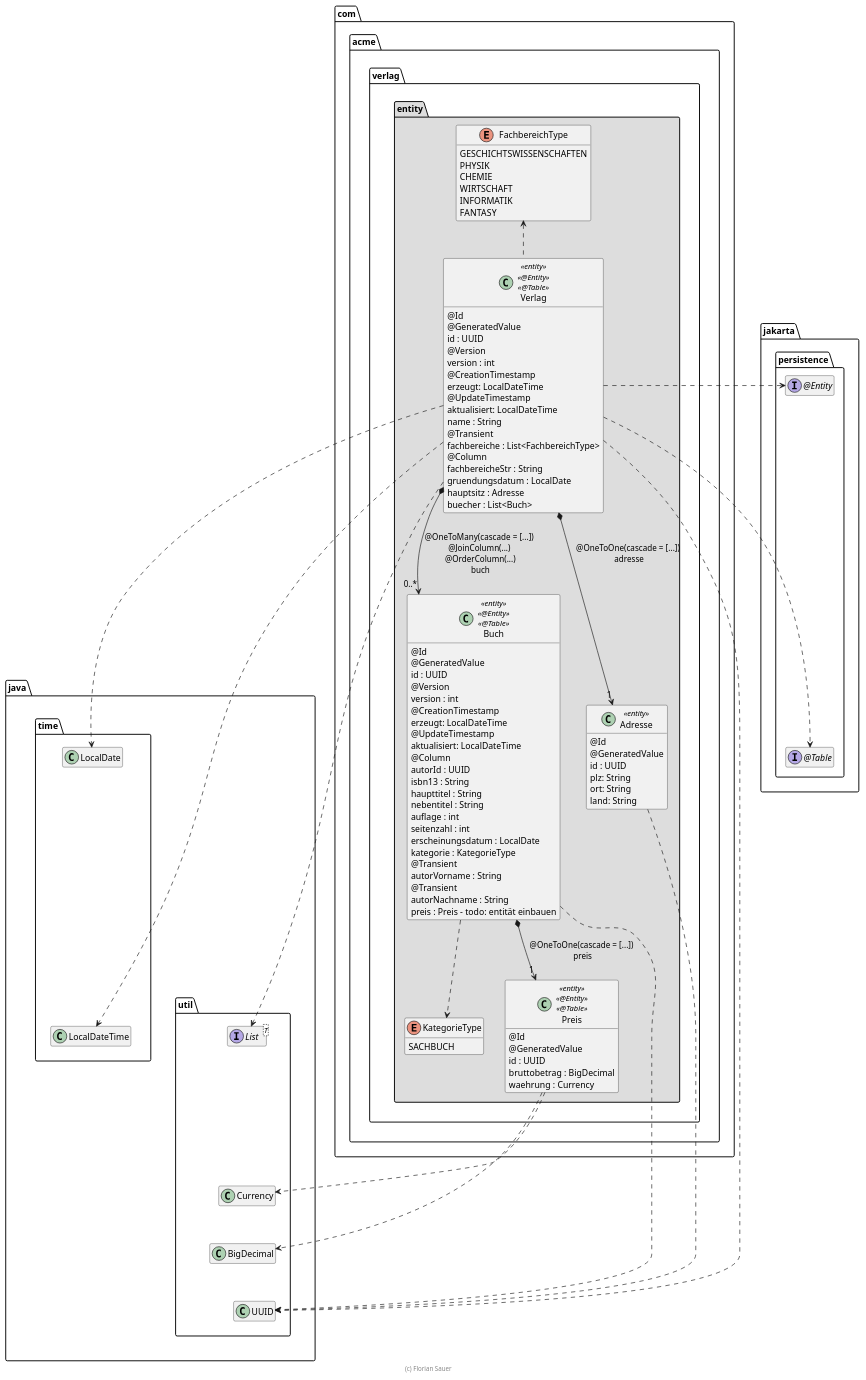
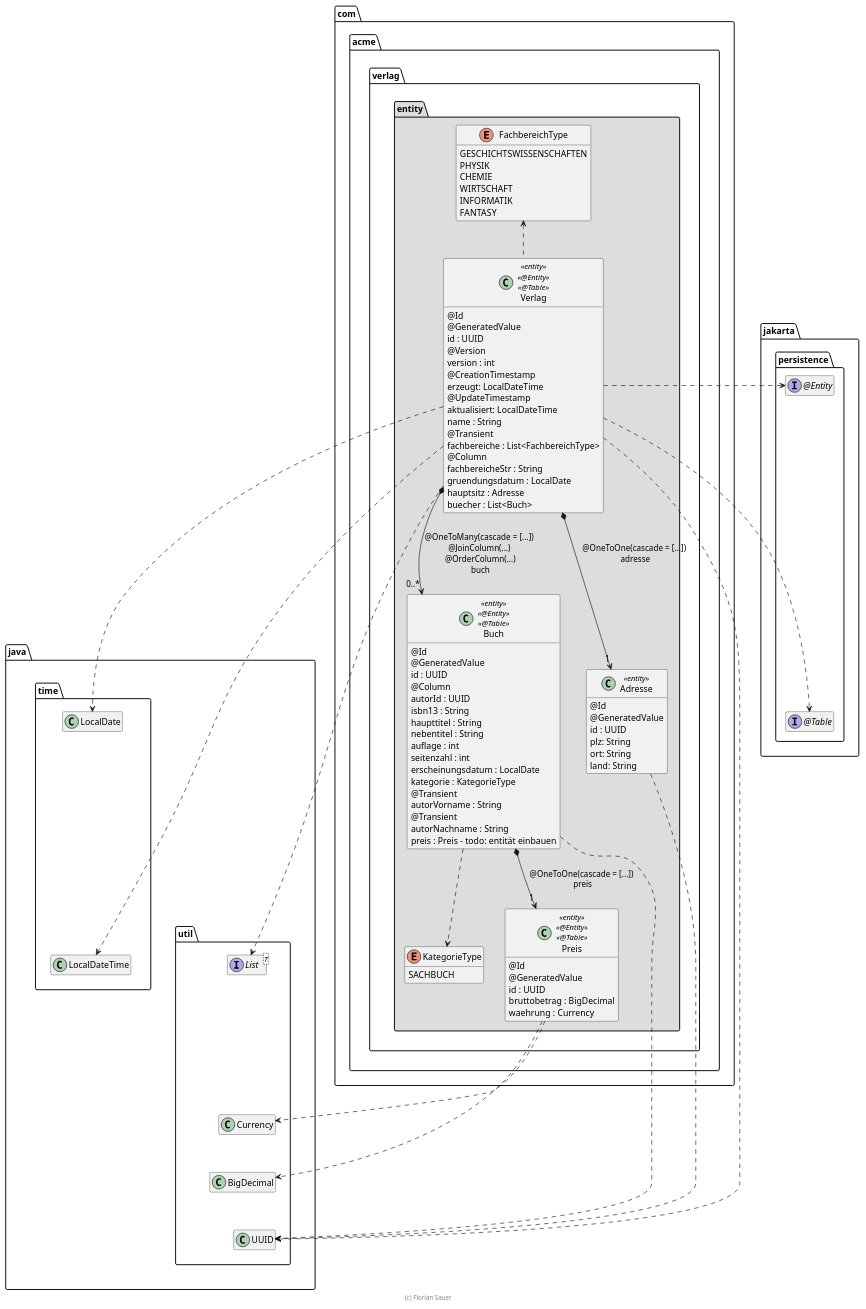
One commit to flomanuel/Software_Architecture_Course_Verlag changed the diagram in extras/doc/Verlag.plantuml. Above: the diagram before and after it, drawn with PlantUML.

Commit message:
update uml

```diff
--- a/extras/doc/Verlag.plantuml
+++ b/extras/doc/Verlag.plantuml
@@ -19,144 +19,138 @@
 @startuml Verlag
 
 skinparam classAttributeIconSize 0
 ' skinparam monochrome true
 
 package java {
     package util {
         class UUID
         interface List<T>
         class BigDecimal
         class Currency
 
         BigDecimal -[hidden]up-> List
         BigDecimal -[hidden]up-> Currency
         BigDecimal -[hidden]down-> UUID
         List -[hidden]down-> Currency
     }
 
     package time {
         class LocalDate
         class LocalDateTime
 
         LocalDate -[hidden]down-> LocalDateTime
     }
 
     time -[hidden]down-> util
 }
 
 com.acme.verlag -[hidden]right-> java
 
 package jakarta.persistence {
     interface "@Entity" as Entity
     interface "@Table" as Table
 
     Entity -[hidden]down-> Table
 }
 
 package com.acme.verlag {
     package entity #DDDDDD {
         class Buch << entity >> <<@Entity>> <<@Table>> {
             @Id
             @GeneratedValue
             id : UUID
-            @Version
-            version : int
-            @CreationTimestamp
-            erzeugt: LocalDateTime
-            @UpdateTimestamp
-            aktualisiert: LocalDateTime
             @Column
             autorId : UUID
             isbn13 : String
             haupttitel : String
             nebentitel : String
             auflage : int
             seitenzahl : int
             erscheinungsdatum : LocalDate
             kategorie : KategorieType
             @Transient
             autorVorname : String
             @Transient
             autorNachname : String
             preis : Preis - todo: entität einbauen
         }
 
         class Preis << entity >> <<@Entity>> <<@Table>> {
             @Id
             @GeneratedValue
             id : UUID
             bruttobetrag : BigDecimal
             waehrung : Currency
         }
 
         Buch ..> UUID
 
         class Adresse << entity >> {
             @Id
             @GeneratedValue
             id : UUID
             plz: String
             ort: String
             land: String
         }
         Adresse ..> UUID
 
         enum FachbereichType {
             GESCHICHTSWISSENSCHAFTEN
             PHYSIK
             CHEMIE
             WIRTSCHAFT
             INFORMATIK
             FANTASY
         }
 
         enum KategorieType {
             SACHBUCH
         }
 
         class Verlag << entity >>  << @Entity >>  << @Table >> {
             @Id
             @GeneratedValue
             id : UUID
             @Version
             version : int
             @CreationTimestamp
             erzeugt: LocalDateTime
             @UpdateTimestamp
             aktualisiert: LocalDateTime
             name : String
             @Transient
             fachbereiche : List<FachbereichType>
             @Column
             fachbereicheStr : String
             gruendungsdatum : LocalDate
             hauptsitz : Adresse
             buecher : List<Buch>
         }
 
         Verlag *--> "0..*" Buch : @OneToMany(cascade = [...]) \n@JoinColumn(...) \n@OrderColumn(...)\nbuch
         Verlag *--> "1" Adresse : @OneToOne(cascade = [...]) \nadresse
         Buch *--> "1" Preis : @OneToOne(cascade = [...]) \npreis
 
         Verlag .up.> FachbereichType
 
         Verlag .right.> UUID
         Verlag .right.> LocalDate
         Verlag .right.> LocalDateTime
 
         Verlag .right.> List
         Verlag .right.> Entity
         Verlag .right.> Table
 
         Buch .down.> KategorieType
 
         Preis ..> Currency
         Preis ..> BigDecimal
     }
 }
 
 hide empty members
 
 footer (c) Florian Sauer
 
 @enduml
```
